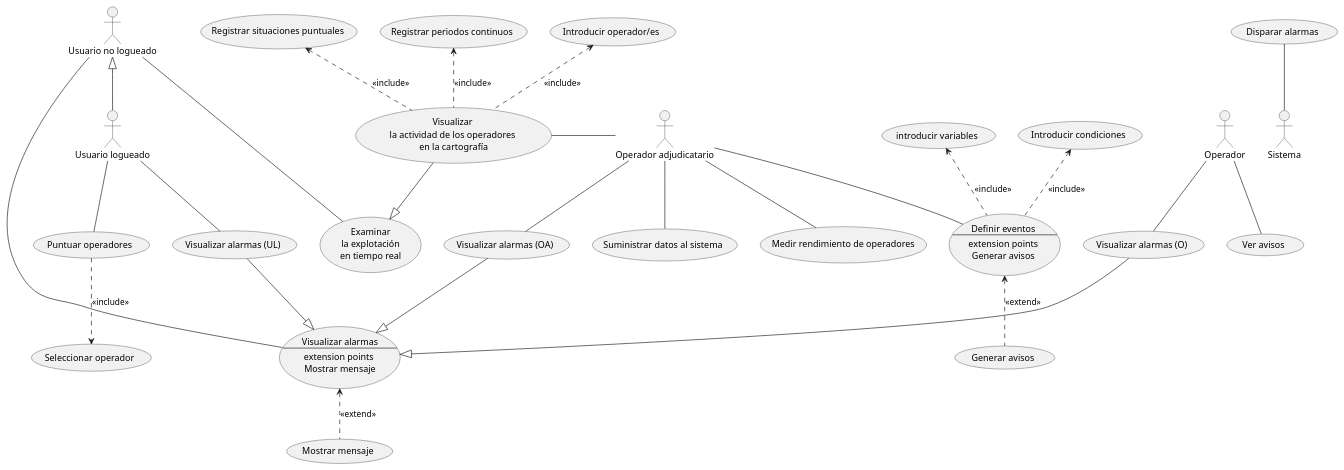
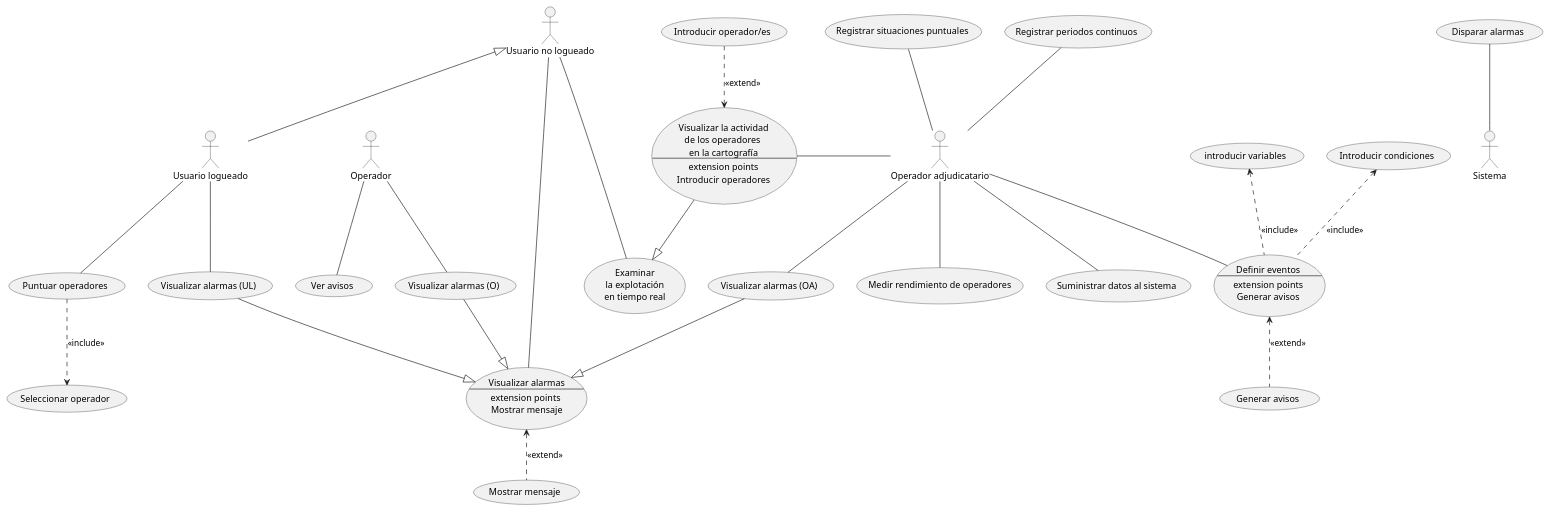
The diagram in Proyecto/source/SMET.puml (cgg734/INRE-UAL-MORADO-2022-2023), drawn with PlantUML before and after one commit. The commit also changed 2 other files, not shown here.

```diff
--- a/Proyecto/source/SMET.puml
+++ b/Proyecto/source/SMET.puml
@@ -1,50 +1,56 @@
 @startuml Sistema de informacion
 actor OA as "Operador adjudicatario"
 actor Operador
 actor UR as "Usuario logueado"
 actor UNR as "Usuario no logueado"
-usecase (Visualizar \nla actividad de los operadores \nen la cartografía) as VisualAct
+usecase VisualAct as "Visualizar la actividad 
+de los operadores 
+en la cartografía
+--
+extension points
+Introducir operadores
+"
 OA-left-VisualAct
-(Registrar situaciones puntuales)<..VisualAct : <<include>>
-(Registrar periodos continuos)<..VisualAct : <<include>>
+(Registrar situaciones puntuales)--OA 
+(Registrar periodos continuos)--OA
 usecase (Visualizar alarmas UR) as "Visualizar alarmas (UL)"
 usecase (Visualizar alarmas OA) as "Visualizar alarmas (OA)"
 usecase (Visualizar alarmas O) as "Visualizar alarmas (O)"
 usecase VA as "Visualizar alarmas 
 --
 extension points 
 Mostrar mensaje"
 
 usecase DE as "Definir eventos 
 --
 extension points
 Generar avisos"
 
 usecase (Generar avisos) as GA
 usecase EX as "Examinar 
 la explotación
 en tiempo real"
 OA--(Visualizar alarmas OA)
 UR--(Visualizar alarmas UR)
 Operador--(Visualizar alarmas O)
 (Visualizar alarmas O)--|>VA
 (Visualizar alarmas OA)--|>VA
 (Visualizar alarmas UR)--|>VA
 Operador--(Ver avisos)
 OA--DE
 (introducir variables)<..DE : <<include>> 
 (Introducir condiciones)<..DE : <<include>>
 DE<..GA : <<extend>>
 UNR--EX
 VisualAct--|>EX
-(Introducir operador/es)<..VisualAct : <<include>>
+(Introducir operador/es)..>VisualAct : <<extend>>
 UNR-right-VA
 UNR<|--UR
 (Disparar alarmas)--Sistema
 OA--(Suministrar datos al sistema)
 usecase PO as "Puntuar operadores"
 UR--PO
 (Seleccionar operador)<.up.PO : <<include>>
 OA--(Medir rendimiento de operadores)
 (Mostrar mensaje).up.>VA : <<extend>>
 @enduml
```
